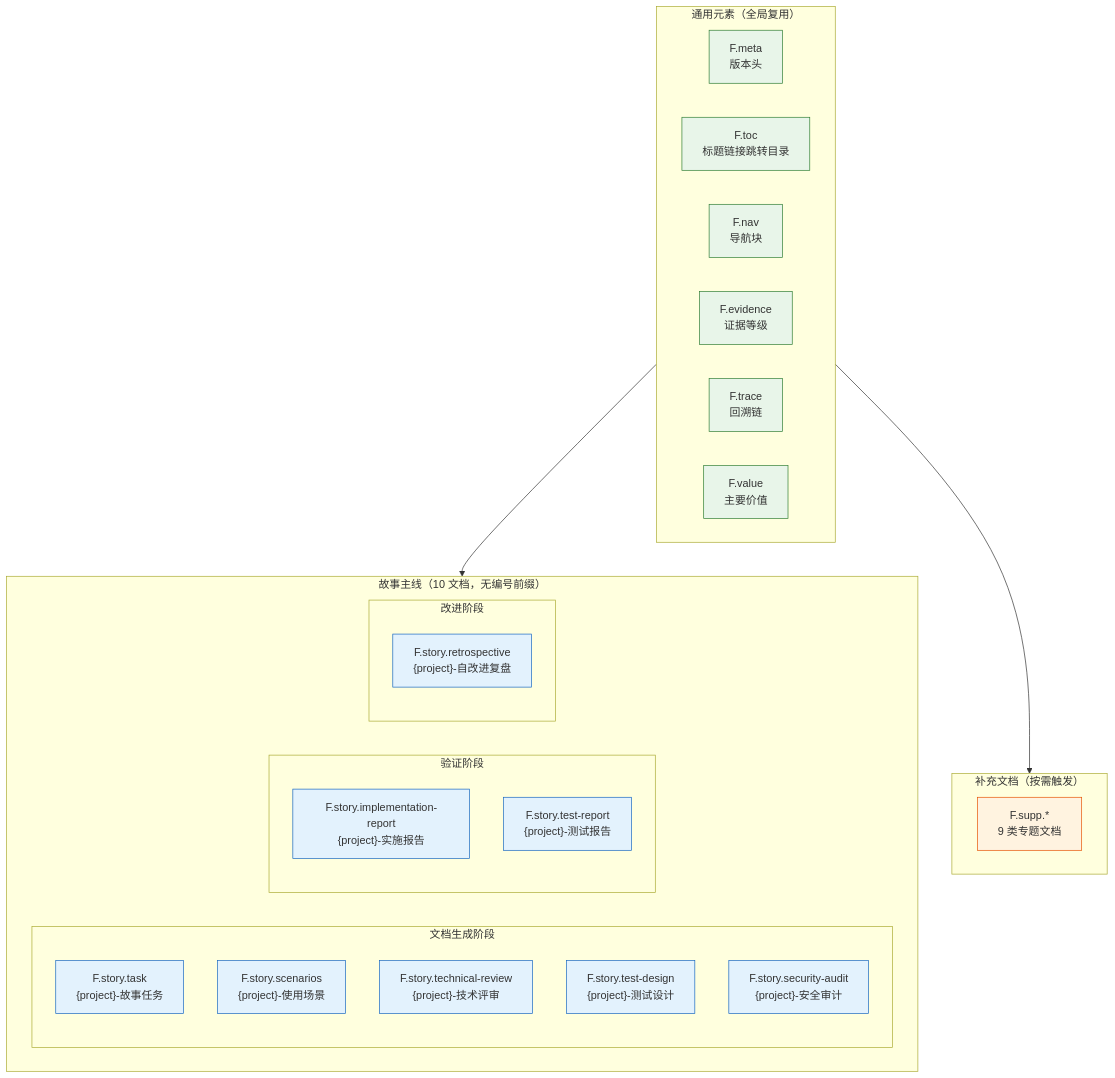
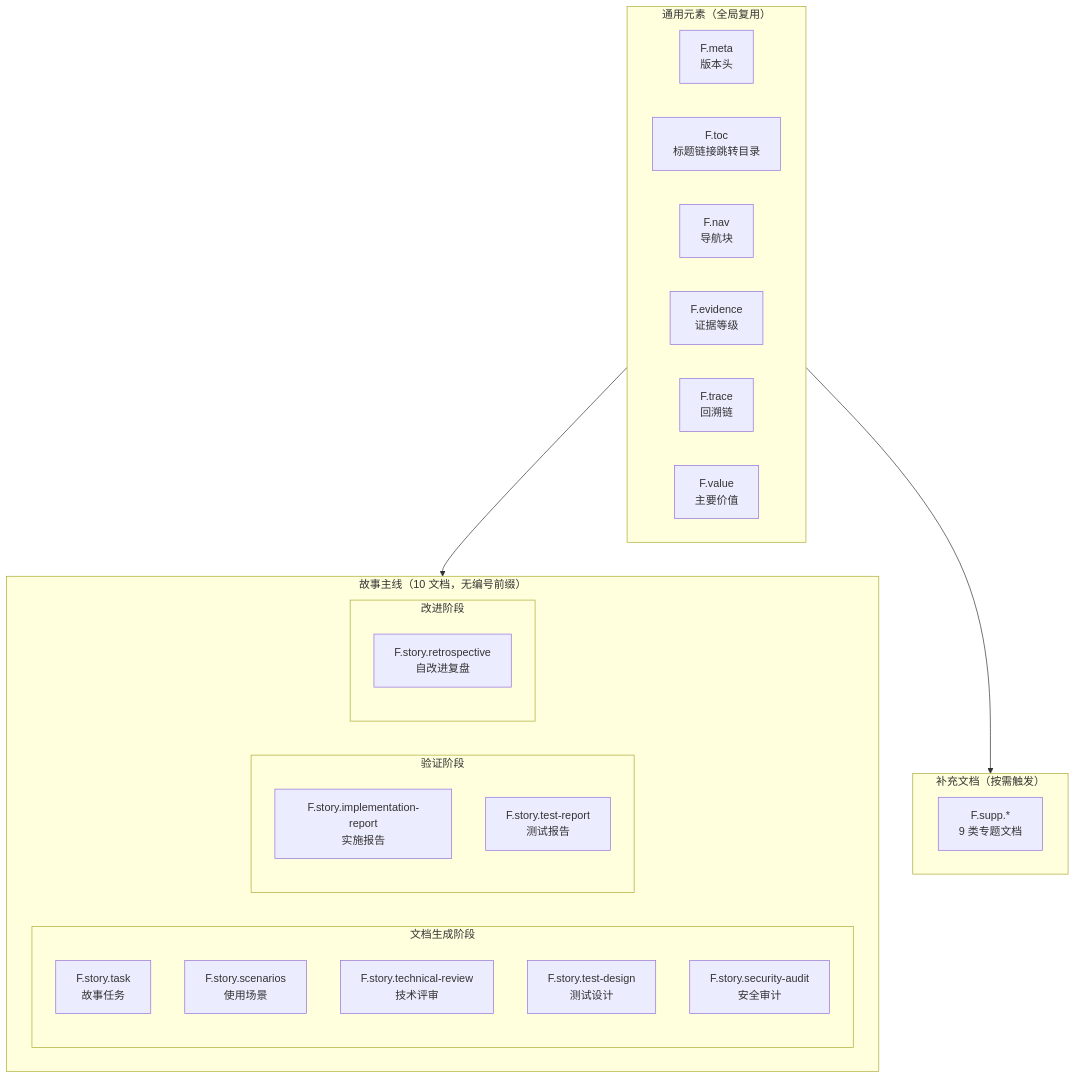
One commit to effiy/YrY changed the first of 13 diagrams in skills/rui/formulas.md. Above: the diagram before and after it, drawn with Mermaid. The commit also changed other lines of this file and 61 other files, not shown here.

````diff
--- a/skills/rui/formulas.md
+++ b/skills/rui/formulas.md
@@ -7,42 +7,39 @@
 ```mermaid
 flowchart TB
     subgraph 通用["通用元素（全局复用）"]
         F.meta["F.meta<br/>版本头"]
         F.toc["F.toc<br/>标题链接跳转目录"]
         F.nav["F.nav<br/>导航块"]
         F.evidence["F.evidence<br/>证据等级"]
         F.trace["F.trace<br/>回溯链"]
         F.value["F.value<br/>主要价值"]
     end
 
     subgraph 主线["故事主线（10 文档，无编号前缀）"]
         subgraph 生成["文档生成阶段"]
-            F01["F.story.task<br/>{project}-故事任务"]
-            F02["F.story.scenarios<br/>{project}-使用场景"]
-            F03["F.story.technical-review<br/>{project}-技术评审"]
-            F04["F.story.test-design<br/>{project}-测试设计"]
-            F05["F.story.security-audit<br/>{project}-安全审计"]
+            F01["F.story.task<br/>故事任务"]
+            F02["F.story.scenarios<br/>使用场景"]
+            F03["F.story.technical-review<br/>技术评审"]
+            F04["F.story.test-design<br/>测试设计"]
+            F05["F.story.security-audit<br/>安全审计"]
         end
         subgraph 验证["验证阶段"]
-            F06["F.story.implementation-report<br/>{project}-实施报告"]
-            F07["F.story.test-report<br/>{project}-测试报告"]
+            F06["F.story.implementation-report<br/>实施报告"]
+            F07["F.story.test-report<br/>测试报告"]
         end
         subgraph 改进["改进阶段"]
-            F08["F.story.retrospective<br/>{project}-自改进复盘"]
+            F08["F.story.retrospective<br/>自改进复盘"]
         end
     end
 
     subgraph 补充["补充文档（按需触发）"]
         FS["F.supp.*<br/>9 类专题文档"]
     end
 
     通用 --> 主线
     通用 --> 补充
 
-    classDef gen fill:#e8f5e9,stroke:#2e7d32;
-    classDef story fill:#e3f2fd,stroke:#1565c0;
-    classDef supp fill:#fff3e0,stroke:#e65100;
     class F.meta,F.toc,F.nav,F.evidence,F.trace,F.value gen;
     class F01,F02,F03,F04,F05,F06,F07,F08 story;
     class FS supp;
 ```
````
